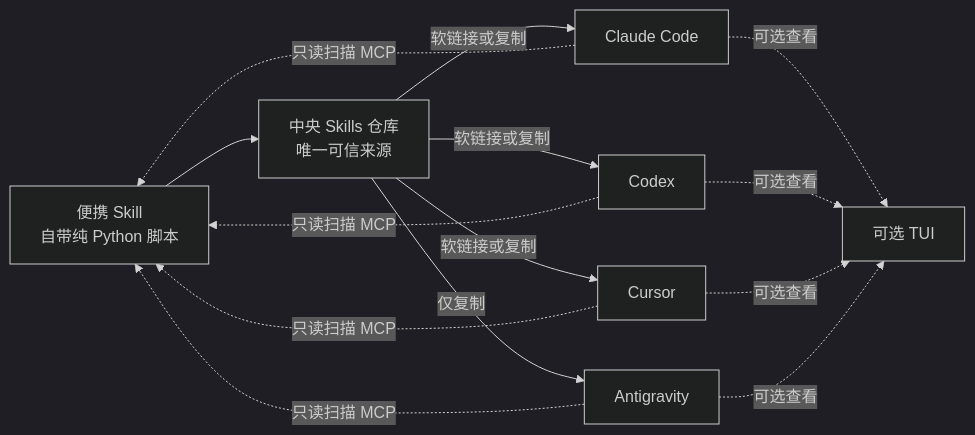
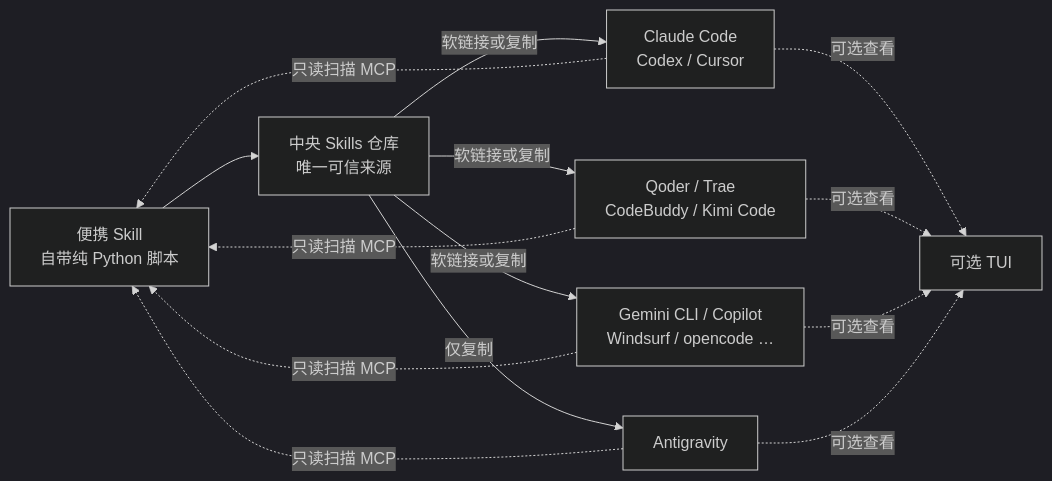
Before and after one commit to ccckfg/agent-skills-manager: the diagram in README.md, drawn with Mermaid (dark theme). The commit also changed other lines of this file and 31 other files, not shown here.

````diff
--- a/README.md
+++ b/README.md
@@ -35,17 +35,17 @@
 ```mermaid
 flowchart LR
     S["便携 Skill<br/>自带纯 Python 脚本"] --> C
     C["中央 Skills 仓库<br/>唯一可信来源"]
-    C -->|软链接或复制| A["Claude Code"]
-    C -->|软链接或复制| B["Codex"]
-    C -->|软链接或复制| D["Cursor"]
+    C -->|软链接或复制| A["Claude Code<br/>Codex / Cursor"]
+    C -->|软链接或复制| B["Qoder / Trae<br/>CodeBuddy / Kimi Code"]
+    C -->|软链接或复制| D["Gemini CLI / Copilot<br/>Windsurf / opencode …"]
     C -->|仅复制| E["Antigravity"]
     A -.只读扫描 MCP.-> S
     B -.只读扫描 MCP.-> S
     D -.只读扫描 MCP.-> S
     E -.只读扫描 MCP.-> S
     A -.可选查看.-> T["可选 TUI"]
     B -.可选查看.-> T
     D -.可选查看.-> T
     E -.可选查看.-> T
 ```
````
